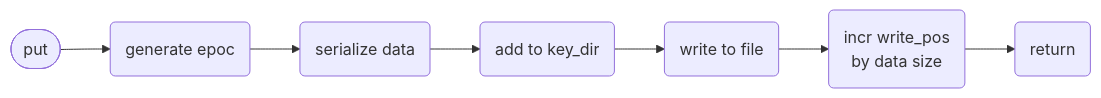
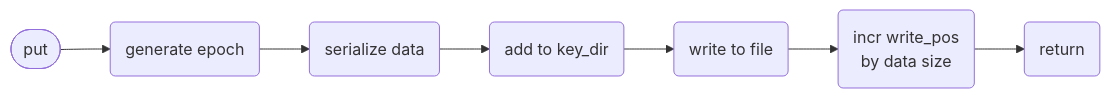
Before and after one commit to dineshgowda24/blog: the second of 2 diagrams in content/posts/build-your-own-persistent-kv-store/index.md, drawn with Mermaid. The commit also changed other lines of this file and 1 other file, not shown here.

Commit message:
epoch typo

```diff
--- a/content/posts/build-your-own-persistent-kv-store/index.md
+++ b/content/posts/build-your-own-persistent-kv-store/index.md
@@ -285,9 +285,9 @@
 {{<mermaid>}}
 flowchart LR;
-    A([put]) --> B(generate epoc)
+    A([put]) --> B(generate epoch)
     B --> C(serialize data)
     C --> G(add to key_dir)
     G --> D(write to file)
     D --> E(incr write_pos </br> by data size)
     E --> F(return)
 {{</mermaid>}}
```
